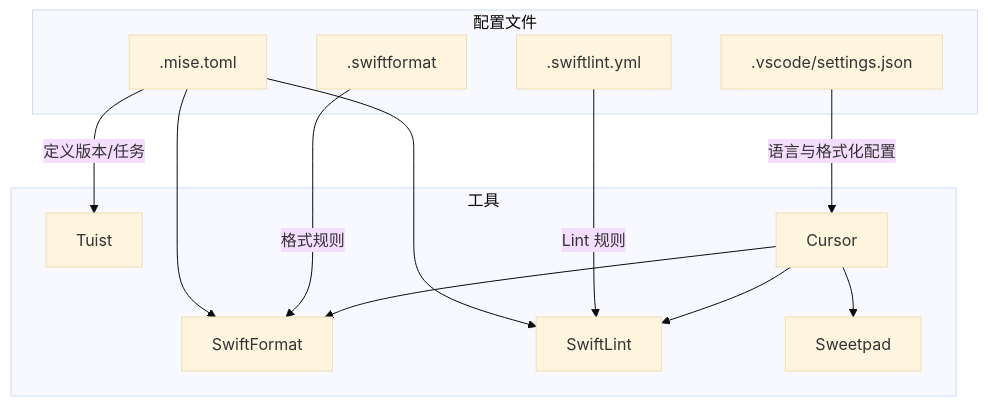
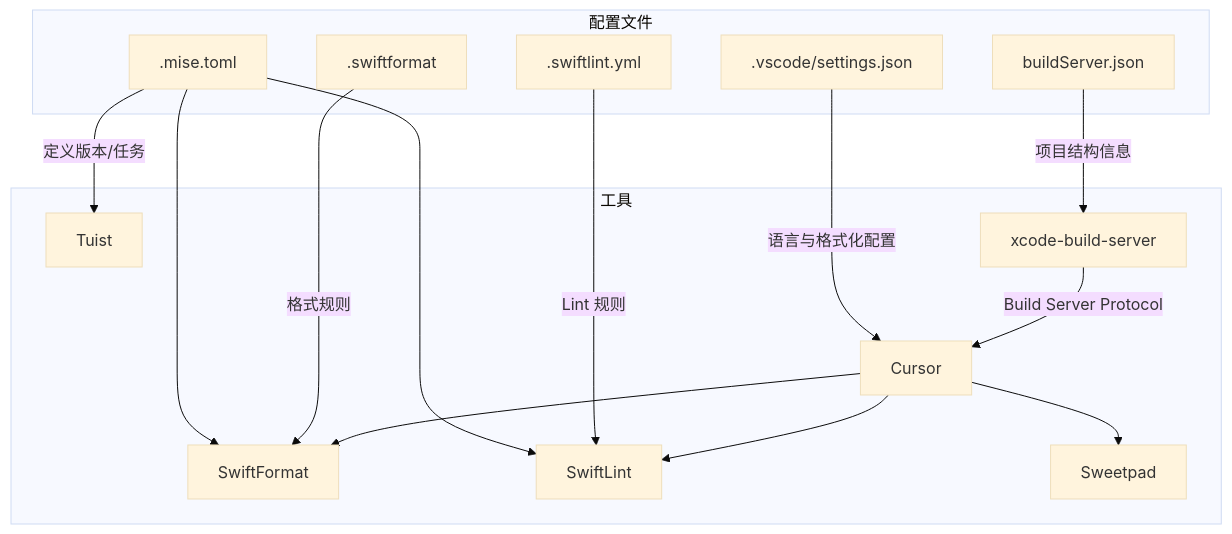
Before and after one commit to helloAhao096/helloahao096.github.io: the third of 4 diagrams in docs/posts/SwiftUI 开发新范式与工具链指南.md, drawn with Mermaid (base theme). The commit also changed other lines of this file, not shown here.

````diff
--- a/docs/posts/SwiftUI 开发新范式与工具链指南.md
+++ b/docs/posts/SwiftUI 开发新范式与工具链指南.md
@@ -283,29 +363,33 @@
 ```mermaid
 graph TD
     subgraph Config[配置文件]
         MiseToml[.mise.toml]
         SwiftFmt[.swiftformat]
         SwiftLintCfg[.swiftlint.yml]
         VSCodeCfg[.vscode/settings.json]
+        BSJson[buildServer.json]
     end
 
     subgraph Tools[工具]
         Tuist
         SwiftFormat
         SwiftLint
         Cursor
         Sweetpad
+        XBS[xcode-build-server]
     end
 
     MiseToml -->|定义版本/任务| Tuist
     MiseToml --> SwiftFormat
     MiseToml --> SwiftLint
 
     SwiftFmt -->|格式规则| SwiftFormat
     SwiftLintCfg -->|Lint 规则| SwiftLint
 
     VSCodeCfg -->|语言与格式化配置| Cursor
+    BSJson -->|项目结构信息| XBS
+    XBS -->|Build Server Protocol| Cursor
     Cursor --> SwiftFormat
     Cursor --> SwiftLint
     Cursor --> Sweetpad
 ```
````
